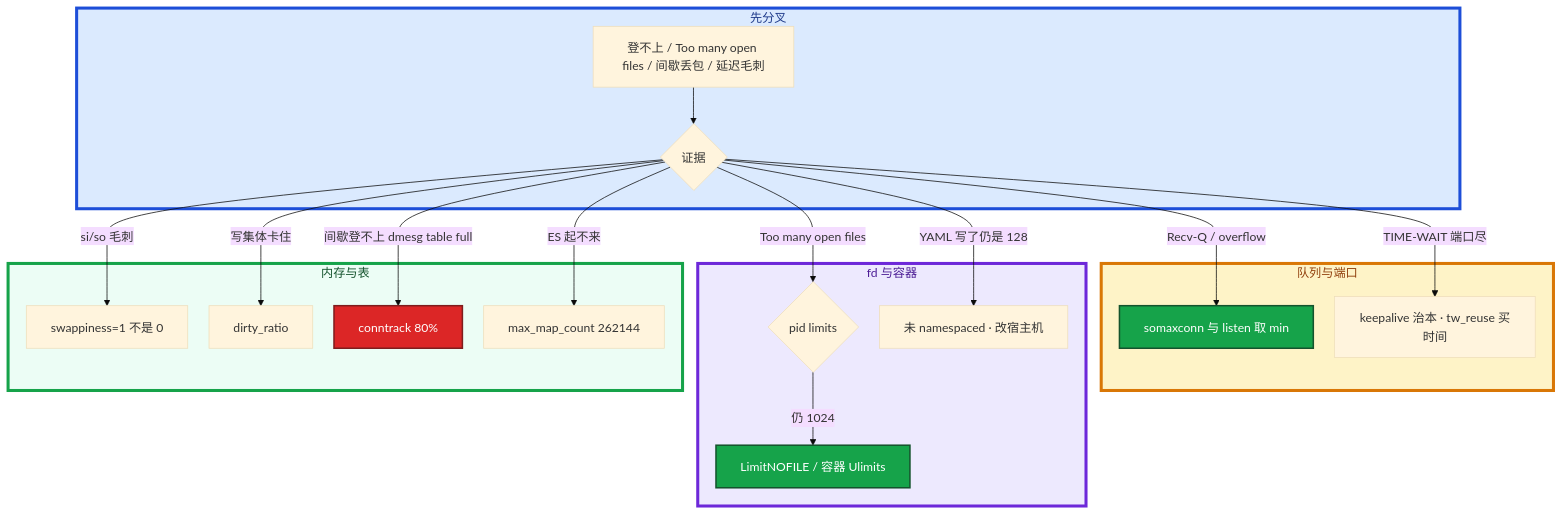
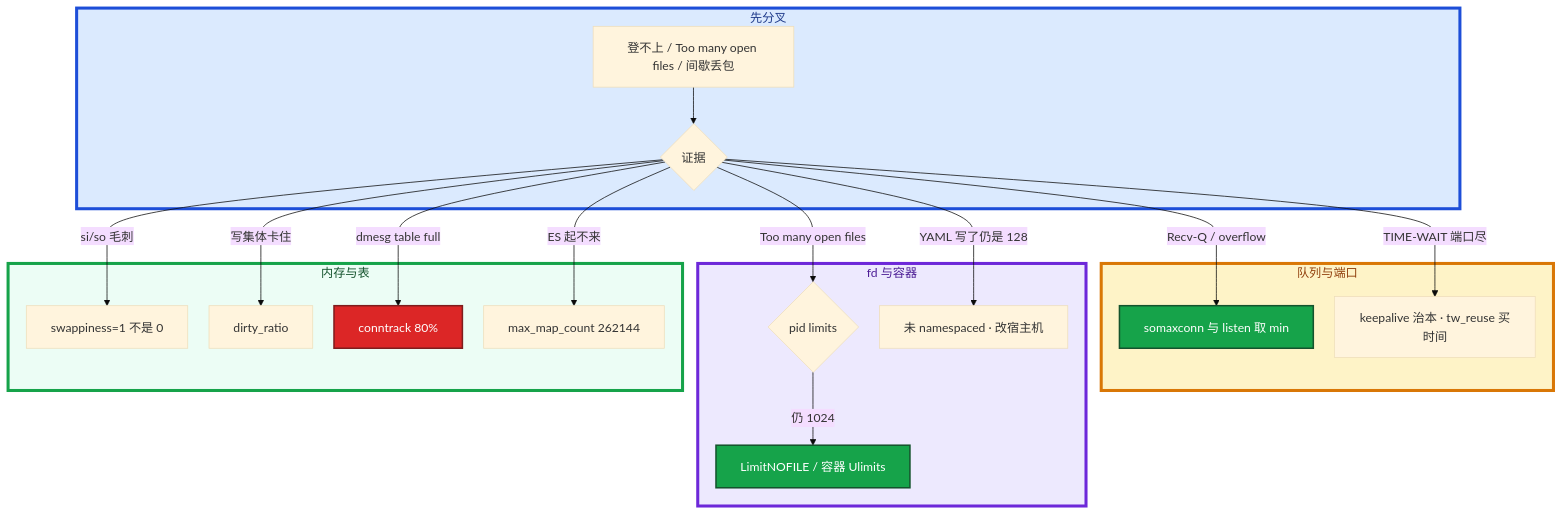
The fourth of 4 diagrams in 02-基础底座/18-内核参数与sysctl/知识点.md (ml-cuizijun/LearnToLilith), drawn with Mermaid before and after one commit. The commit also changed other lines of this file and 107 other files, not shown here.

````diff
--- a/02-基础底座/18-内核参数与sysctl/知识点.md
+++ b/02-基础底座/18-内核参数与sysctl/知识点.md
@@ -469,35 +498,35 @@
 ```mermaid
 %%{init: {"flowchart": {"padding": 16, "nodeSpacing": 28, "rankSpacing": 48}, "theme": "base"}}%%
 flowchart TB
     subgraph gate ["先分叉"]
-        A[登不上 / Too many open files / 间歇丢包 / 延迟毛刺] --> B{证据}
+        A[登不上 / Too many open files / 间歇丢包] --> B{证据}
     end
 
     subgraph q ["队列与端口"]
         B -->|Recv-Q / overflow| C[somaxconn 与 listen 取 min]
         B -->|TIME-WAIT 端口尽| D[keepalive 治本 · tw_reuse 买时间]
     end
 
     subgraph fd ["fd 与容器"]
         B -->|Too many open files| E{pid limits}
         E -->|仍 1024| F[LimitNOFILE / 容器 Ulimits]
         B -->|YAML 写了仍是 128| G[未 namespaced · 改宿主机]
     end
 
     subgraph mem ["内存与表"]
         B -->|si/so 毛刺| H[swappiness=1 不是 0]
         B -->|写集体卡住| I[dirty_ratio]
-        B -->|间歇登不上 dmesg table full| J[conntrack 80%]
+        B -->|dmesg table full| J[conntrack 80%]
         B -->|ES 起不来| K[max_map_count 262144]
     end
 
     classDef bad fill:#DC2626,stroke:#7F1D1D,stroke-width:2px,color:#fff
     classDef ok fill:#16A34A,stroke:#14532D,stroke-width:2px,color:#fff
     class C,F ok
     class J bad
 
     style gate fill:#DBEAFE,stroke:#1D4ED8,stroke-width:4px,color:#1E3A8A
     style q fill:#FEF3C7,stroke:#D97706,stroke-width:4px,color:#92400E
     style fd fill:#EDE9FE,stroke:#6D28D9,stroke-width:4px,color:#4C1D95
     style mem fill:#ECFDF5,stroke:#16A34A,stroke-width:4px,color:#14532D
 ```
````
